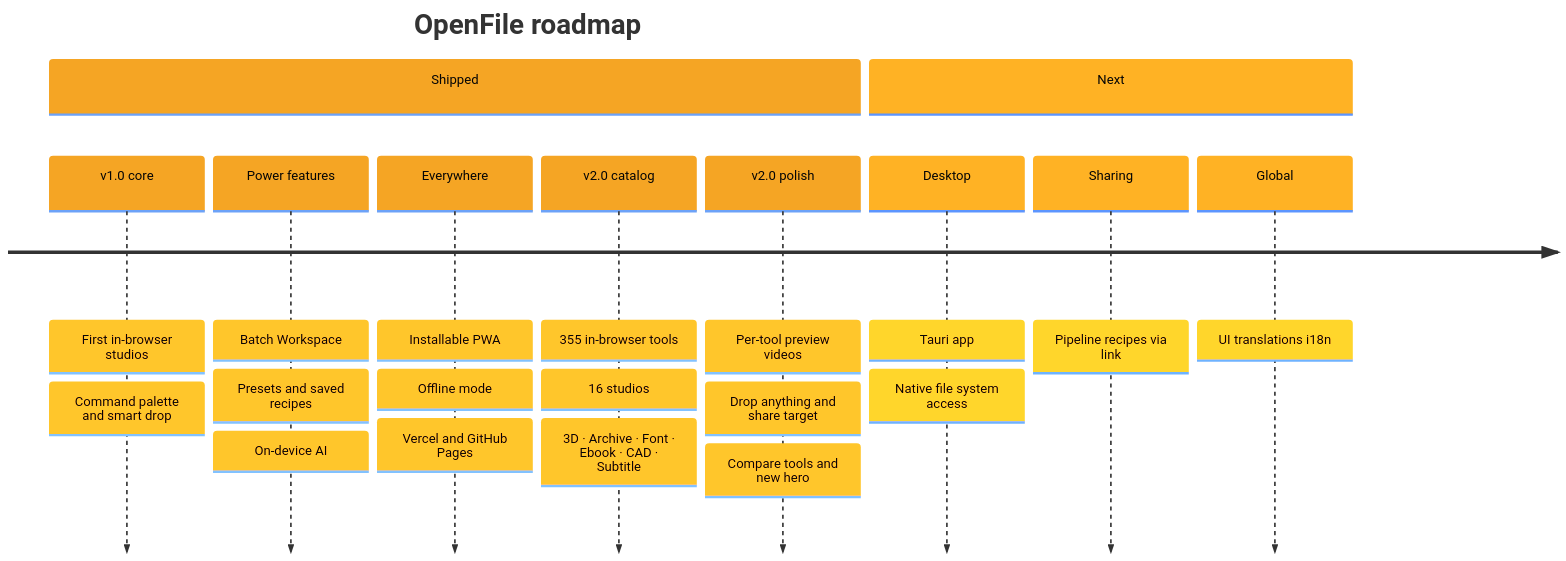
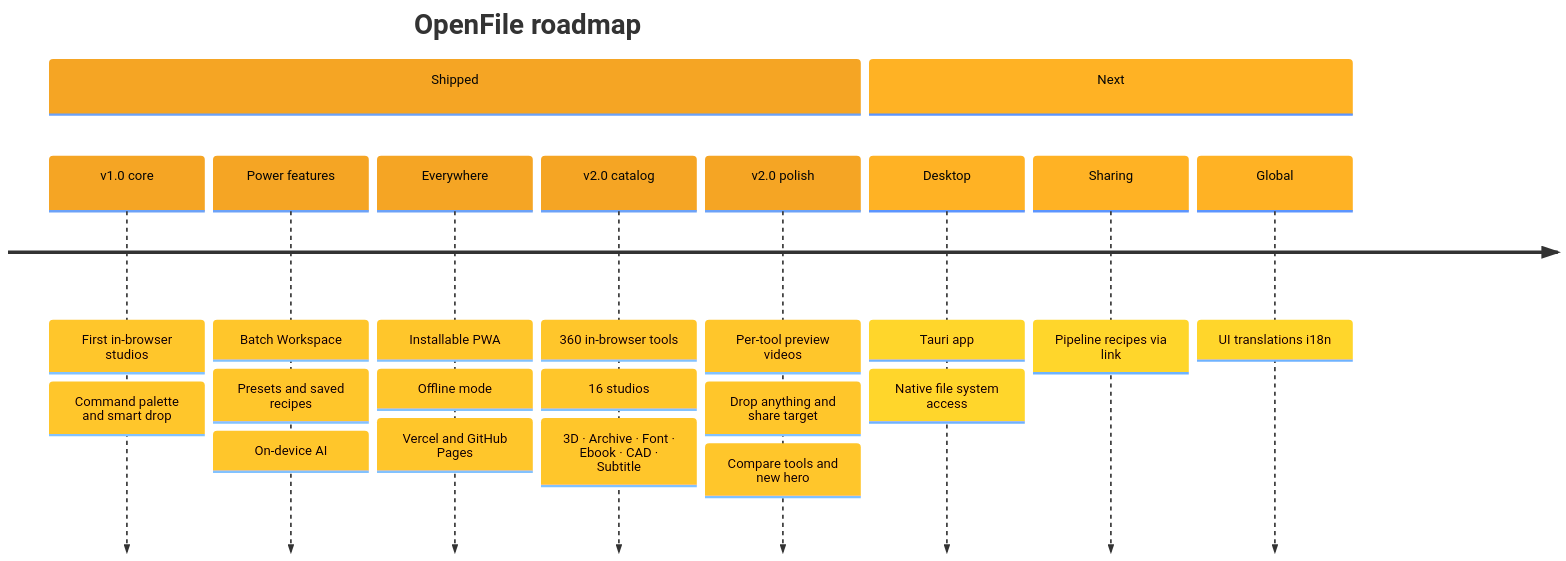
One commit to aniruddhaadak80/OpenFile changed the eighth of 8 diagrams in README.md. Above: the diagram before and after it, drawn with Mermaid. The commit also changed other lines of this file and 16 other files, not shown here.

````diff
--- a/README.md
+++ b/README.md
@@ -1275,15 +1280,15 @@
 ```mermaid
 %%{init: {'theme':'base','themeVariables':{'fontFamily':'system-ui, sans-serif','cScale0':'#F5A524','cScaleLabel0':'#050505','cScale1':'#FFB224','cScaleLabel1':'#050505','cScale2':'#14B8A6','cScaleLabel2':'#050505','cScale3':'#22D3EE','cScaleLabel3':'#050505','cScale4':'#10B981','cScaleLabel4':'#050505','cScale5':'#38BDF8','cScaleLabel5':'#050505','cScale6':'#FCD34D','cScaleLabel6':'#050505','cScale7':'#5EEAD4','cScaleLabel7':'#050505'}}}%%
 timeline
     title OpenFile roadmap
     section Shipped
         v1.0 core : First in-browser studios : Command palette and smart drop
         Power features : Batch Workspace : Presets and saved recipes : On-device AI
         Everywhere : Installable PWA : Offline mode : Vercel and GitHub Pages
-        v2.0 catalog : 355 in-browser tools : 16 studios : 3D · Archive · Font · Ebook · CAD · Subtitle
+        v2.0 catalog : 360 in-browser tools : 16 studios : 3D · Archive · Font · Ebook · CAD · Subtitle
         v2.0 polish : Per-tool preview videos : Drop anything and share target : Compare tools and new hero
     section Next
         Desktop : Tauri app : Native file system access
         Sharing : Pipeline recipes via link
         Global : UI translations i18n
 ```
````
